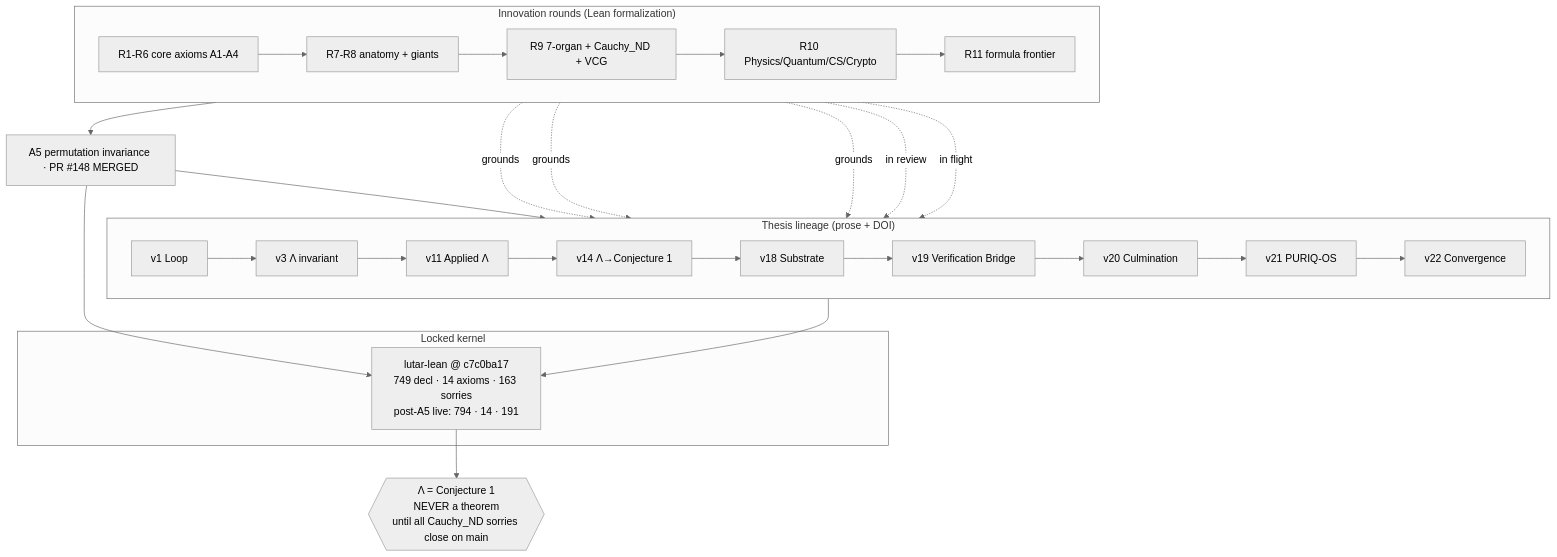
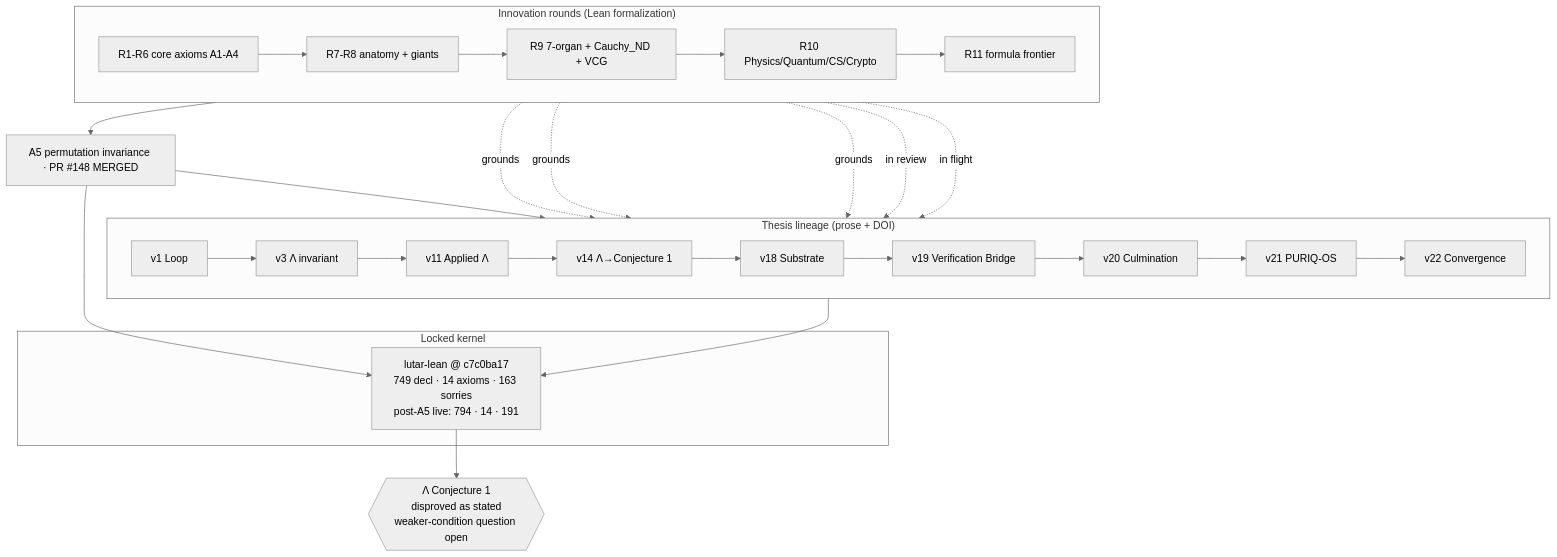
One commit to szl-holdings/szl-papers changed the diagram in thesis/THESIS_LINEAGE.md. Above: the diagram before and after it, drawn with Mermaid (neutral theme). The commit also changed other lines of this file and 17 other files, not shown here.

````diff
--- a/thesis/THESIS_LINEAGE.md
+++ b/thesis/THESIS_LINEAGE.md
@@ -62,34 +62,34 @@
 ```mermaid
 flowchart TB
     subgraph THESIS["Thesis lineage (prose + DOI)"]
         direction LR
         v1[v1 Loop] --> v3[v3 Λ invariant] --> v11[v11 Applied Λ]
         v11 --> v14[v14 Λ→Conjecture 1] --> v18[v18 Substrate]
         v18 --> v19[v19 Verification Bridge] --> v20[v20 Culmination] --> v21[v21 PURIQ-OS] --> v22[v22 Convergence]
     end
 
     subgraph ROUNDS["Innovation rounds (Lean formalization)"]
         direction LR
         R1[R1-R6 core axioms A1-A4] --> R7[R7-R8 anatomy + giants]
         R7 --> R9[R9 7-organ + Cauchy_ND + VCG]
         R9 --> R10[R10 Physics/Quantum/CS/Crypto]
         R10 --> R11[R11 formula frontier]
     end
 
     R1 -.grounds.-> v14
     R7 -.grounds.-> v18
     R9 -.grounds.-> v21
     R9 --> A5[A5 permutation invariance · PR #148 MERGED]
     R10 -.in review.-> v22
     R11 -.in flight.-> v22
     A5 --> v22
 
     subgraph KERNEL["Locked kernel"]
         K[lutar-lean @ c7c0ba17<br/>749 decl · 14 axioms · 163 sorries<br/>post-A5 live: 794 · 14 · 191]
     end
     v22 --> K
     A5 --> K
 
-    LAMBDA{{"Λ = Conjecture 1<br/>NEVER a theorem<br/>until all Cauchy_ND sorries close on main"}}
+    LAMBDA{{"Λ Conjecture 1<br/>disproved as stated<br/>weaker-condition question open"}}
     K --> LAMBDA
 ```
````
